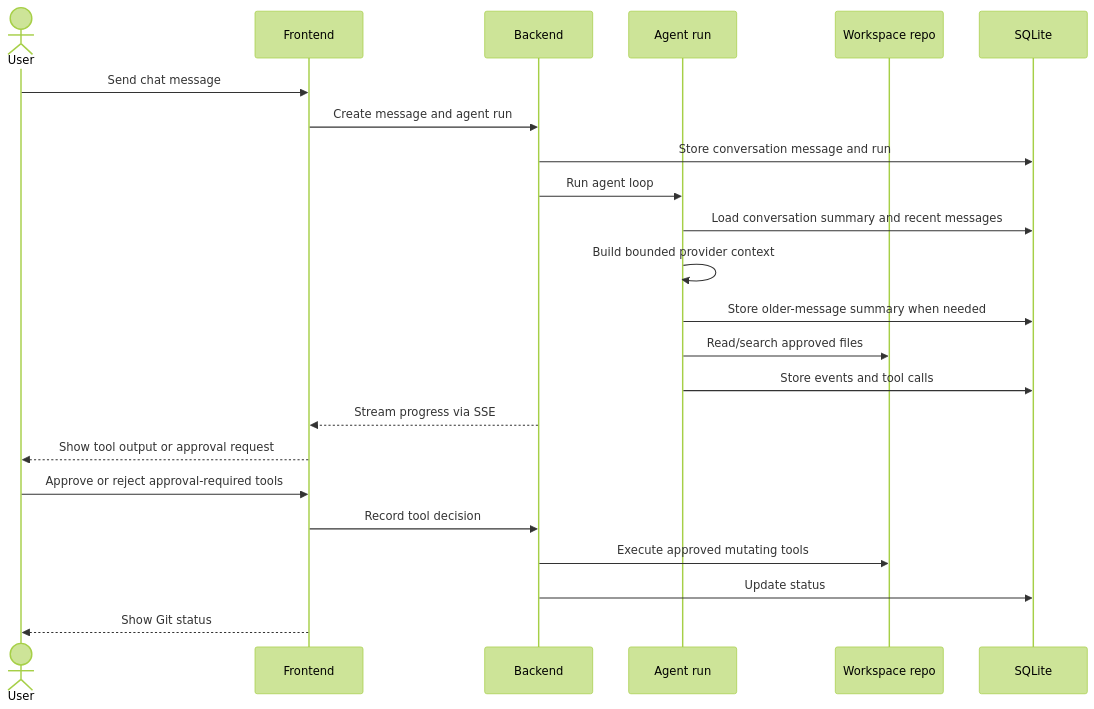
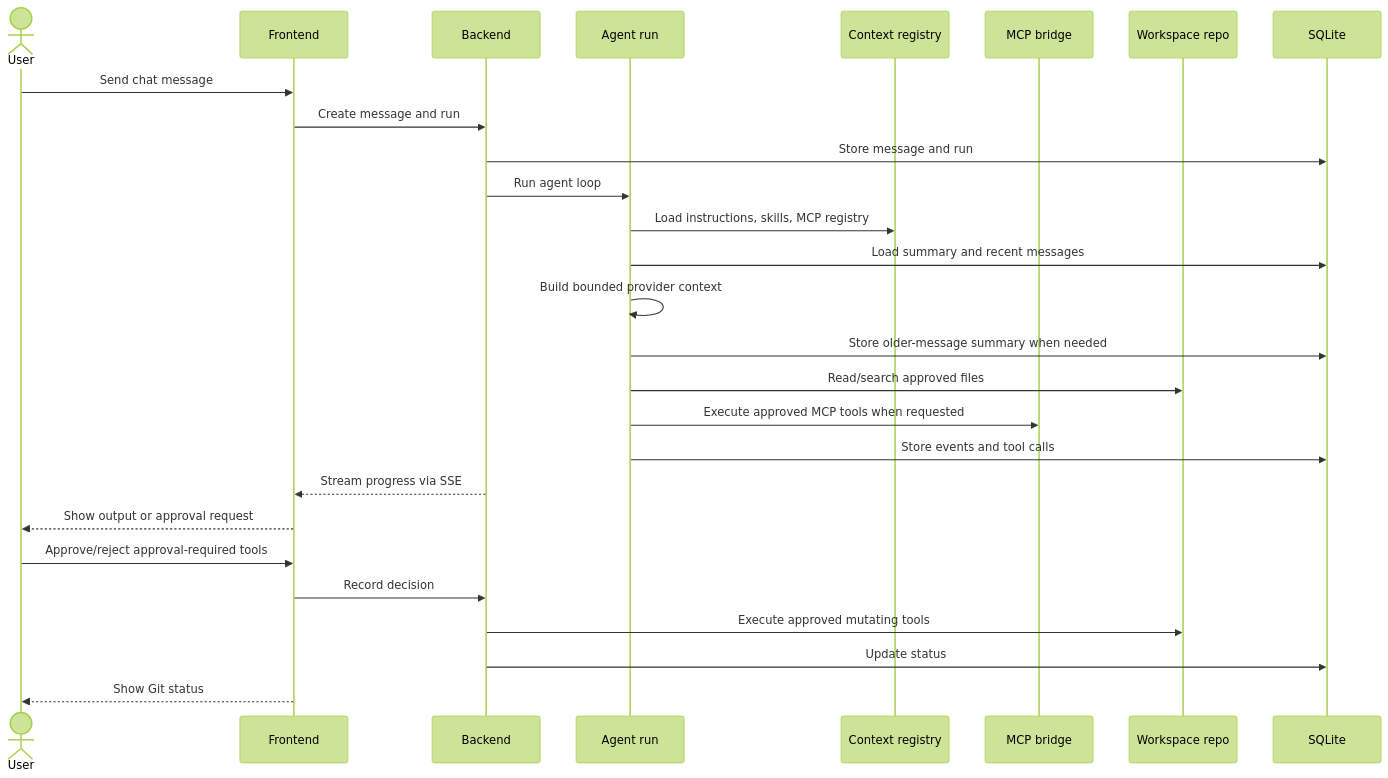
The sixth of 6 diagrams in docs/app-architecture.md (phamtanminhtien/patchpilot), drawn with Mermaid (forest theme) before and after one commit. The commit also changed other lines of this file and 5 other files, not shown here.

Commit message:
docs: update architecture and product spec to v0.3 to reflect new skills, MCP integration, and agent context flow

````diff
--- a/docs/app-architecture.md
+++ b/docs/app-architecture.md
@@ -148,26 +178,30 @@
 ```mermaid
 sequenceDiagram
   actor User
   participant FE as Frontend
   participant BE as Backend
   participant Agent as Agent run
+  participant Context as Context registry
+  participant MCP as MCP bridge
   participant Repo as Workspace repo
   participant DB as SQLite
 
   User->>FE: Send chat message
-  FE->>BE: Create message and agent run
-  BE->>DB: Store conversation message and run
+  FE->>BE: Create message and run
+  BE->>DB: Store message and run
   BE->>Agent: Run agent loop
-  Agent->>DB: Load conversation summary and recent messages
+  Agent->>Context: Load instructions, skills, MCP registry
+  Agent->>DB: Load summary and recent messages
   Agent->>Agent: Build bounded provider context
   Agent->>DB: Store older-message summary when needed
   Agent->>Repo: Read/search approved files
+  Agent->>MCP: Execute approved MCP tools when requested
   Agent->>DB: Store events and tool calls
   BE-->>FE: Stream progress via SSE
-  FE-->>User: Show tool output or approval request
-  User->>FE: Approve or reject approval-required tools
-  FE->>BE: Record tool decision
+  FE-->>User: Show output or approval request
+  User->>FE: Approve/reject approval-required tools
+  FE->>BE: Record decision
   BE->>Repo: Execute approved mutating tools
   BE->>DB: Update status
   FE-->>User: Show Git status
 ```
````
